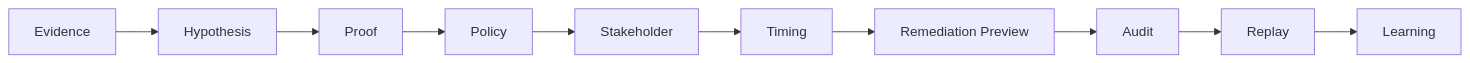
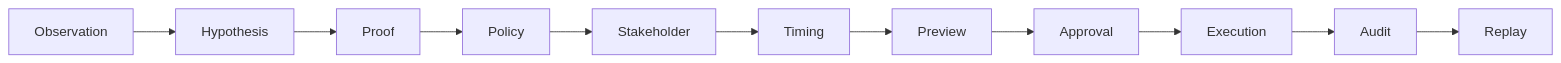
The second of 2 diagrams in README.md (Kozphy/Windows-Network-Recovery-Toolkit), drawn with Mermaid before and after one commit. The commit also changed other lines of this file and 16 other files, not shown here.

````diff
--- a/README.md
+++ b/README.md
@@ -222,12 +250,13 @@
 ```mermaid
 flowchart LR
-  E[Evidence] --> H[Hypothesis]
+  O[Observation] --> H[Hypothesis]
   H --> Pf[Proof]
   Pf --> Pol[Policy]
   Pol --> St[Stakeholder]
   St --> Tm[Timing]
-  Tm --> Prev[Remediation Preview]
-  Prev --> Aud[Audit]
+  Tm --> Prev[Preview]
+  Prev --> Ap[Approval]
+  Ap --> Ex[Execution]
+  Ex --> Aud[Audit]
   Aud --> Rp[Replay]
-  Rp --> Ln[Learning]
 ```
````
